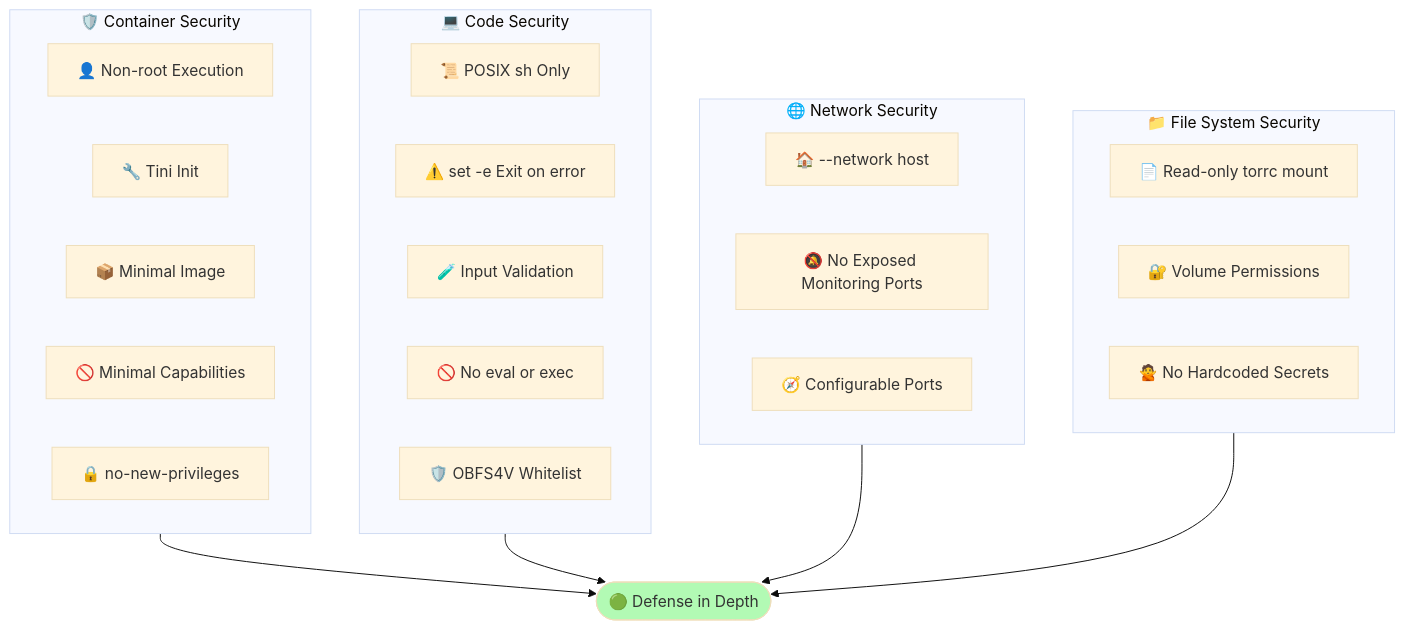
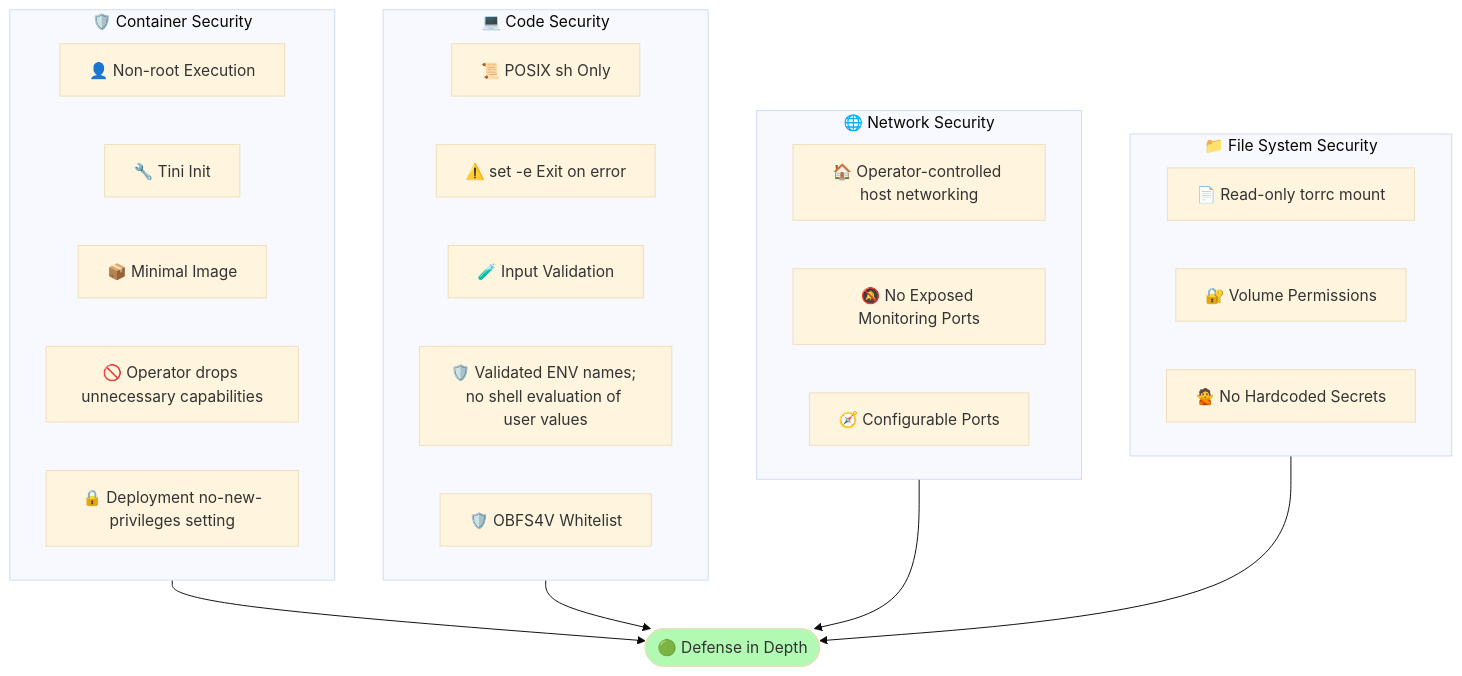
One commit to r3bo0tbx1/tor-guard-relay changed the tenth of 15 diagrams in docs/ARCHITECTURE.md. Above: the diagram before and after it, drawn with Mermaid (base theme). The commit also changed other lines of this file and 87 other files, not shown here.

````diff
--- a/docs/ARCHITECTURE.md
+++ b/docs/ARCHITECTURE.md
@@ -743,37 +754,37 @@
 ```mermaid
 flowchart TD
     subgraph Container["🛡️ Container Security"]
         NonRoot[👤 Non-root Execution]
         Tini[🔧 Tini Init]
         Minimal[📦 Minimal Image]
-        NoCaps[🚫 Minimal Capabilities]
-        NoPriv[🔒 no-new-privileges]
+        NoCaps["🚫 Operator drops unnecessary capabilities"]
+        NoPriv["🔒 Deployment no-new-privileges setting"]
     end
 
     subgraph CodeSec["💻 Code Security"]
         POSIX[📜 POSIX sh Only]
         SetE[⚠️ set -e Exit on error]
         Validation[🧪 Input Validation]
-        NoEval[🚫 No eval or exec]
+        NoEval["🛡️ Validated ENV names; no shell evaluation of user values"]
         Whitelist[🛡️ OBFS4V Whitelist]
     end
 
     subgraph NetworkSec["🌐 Network Security"]
-        HostNet[🏠 --network host]
+        HostNet["🏠 Operator-controlled host networking"]
         NoPorts[🔕 No Exposed Monitoring Ports]
         Configurable[🧭 Configurable Ports]
     end
 
     subgraph FileSec["📁 File System Security"]
         ReadOnly[📄 Read-only torrc mount]
         VolPerms[🔐 Volume Permissions]
         NoSecrets[🙅 No Hardcoded Secrets]
     end
 
     Container --> Secure([🟢 Defense in Depth])
     CodeSec --> Secure
     NetworkSec --> Secure
     FileSec --> Secure
 
     style Secure fill:#b2fab4
 ```
````
